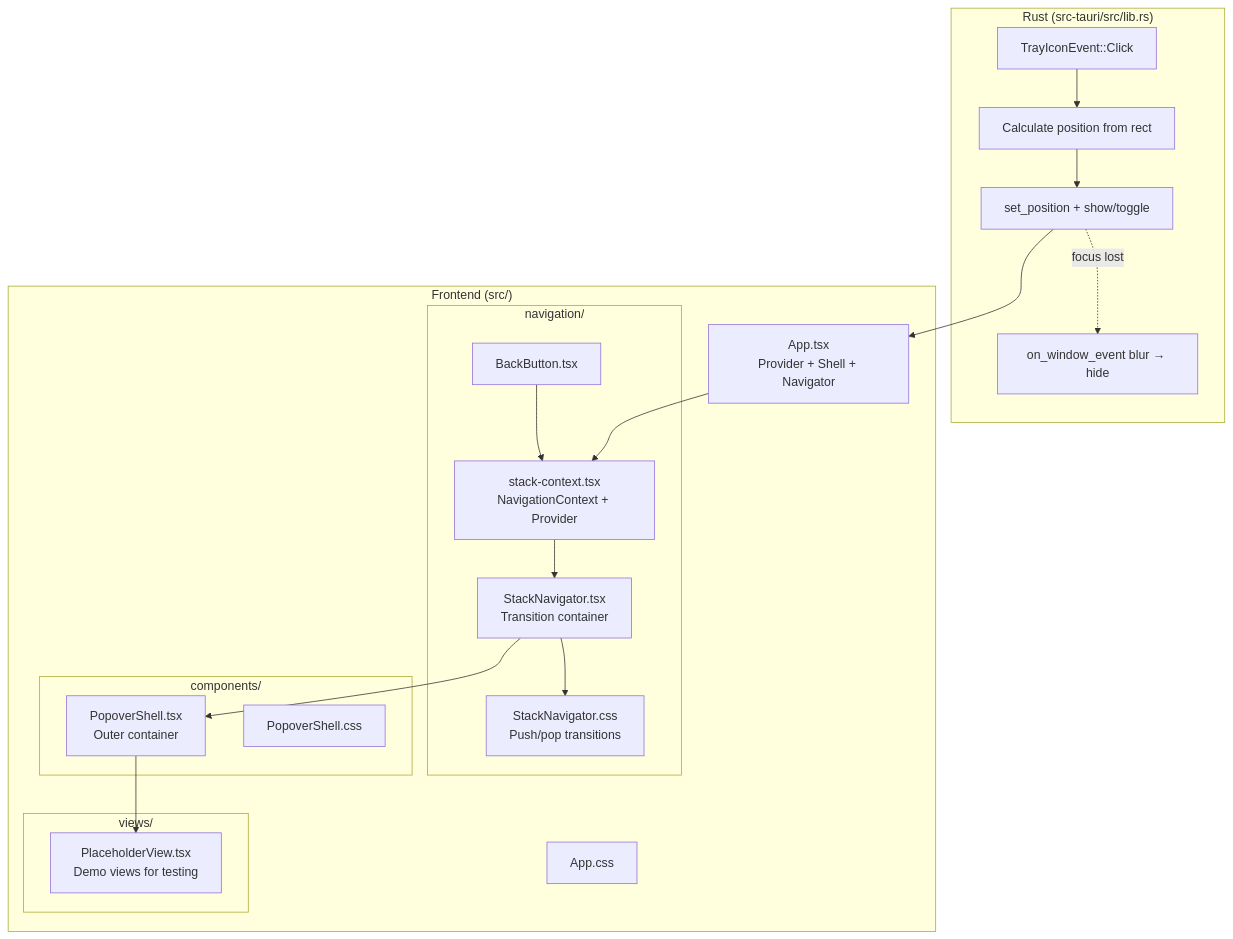
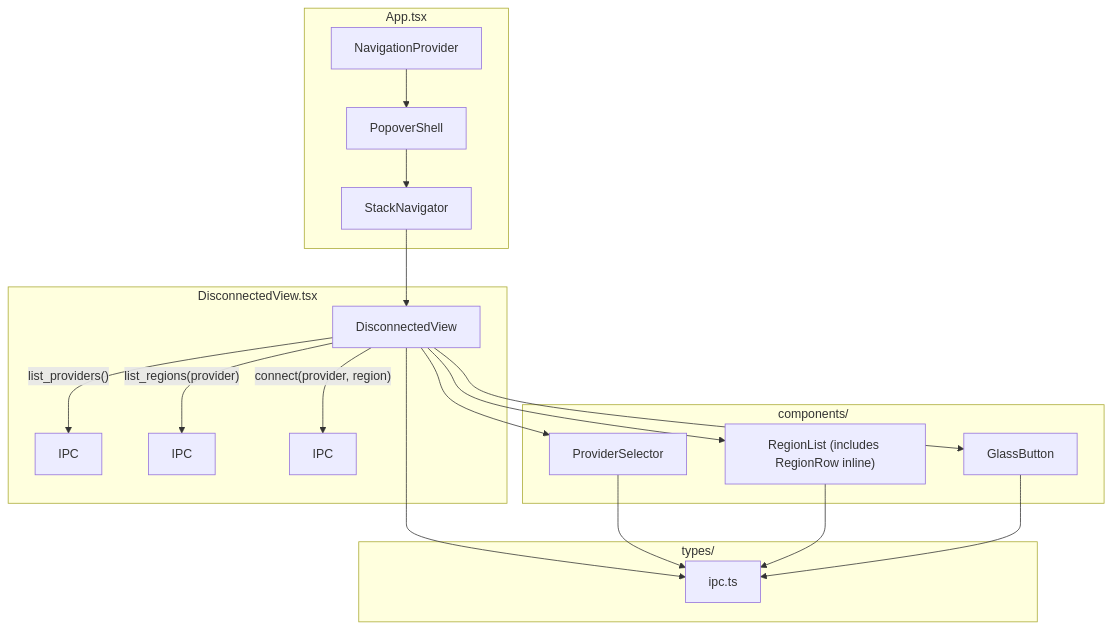
The diagram in PLAN.md (saemanas/oh-my-vpn), drawn with Mermaid before and after one commit. The commit also changed other lines of this file and 14 other files, not shown here.

First line of the commit message:
feat(ui): add disconnected view with provider selector and region list (#57)

````diff
--- a/PLAN.md
+++ b/PLAN.md
@@ -62,37 +60,34 @@
 ```mermaid
 flowchart TD
-    subgraph rust["Rust (src-tauri/src/lib.rs)"]
-        TRAY[TrayIconEvent::Click]
-        POS[Calculate position from rect]
-        WIN[set_position + show/toggle]
-        BLUR[on_window_event blur → hide]
-        TRAY --> POS --> WIN
-        WIN -.->|focus lost| BLUR
+    subgraph App["App.tsx"]
+        NP[NavigationProvider]
+        PS[PopoverShell]
+        SN[StackNavigator]
     end
 
-    subgraph frontend["Frontend (src/)"]
-        subgraph nav["navigation/"]
-            CTX[stack-context.tsx<br/>NavigationContext + Provider]
-            NAV[StackNavigator.tsx<br/>Transition container]
-            CSS_NAV[StackNavigator.css<br/>Push/pop transitions]
-            BACK[BackButton.tsx]
-        end
-        subgraph shell["components/"]
-            SHELL[PopoverShell.tsx<br/>Outer container]
-            CSS_SHELL[PopoverShell.css]
-        end
-        subgraph views["views/"]
-            PH[PlaceholderView.tsx<br/>Demo views for testing]
-        end
-        APP[App.tsx<br/>Provider + Shell + Navigator]
-        CSS_APP[App.css]
+    subgraph DisconnectedView["DisconnectedView.tsx"]
+        DV[DisconnectedView]
+        DV -->|"list_providers()"| IPC1[IPC]
+        DV -->|"list_regions(provider)"| IPC2[IPC]
+        DV -->|"connect(provider, region)"| IPC3[IPC]
     end
 
-    WIN --> APP
-    APP --> CTX
-    CTX --> NAV
-    NAV --> SHELL
-    SHELL --> PH
-    NAV --> CSS_NAV
-    BACK --> CTX
+    subgraph Components["components/"]
+        PSel[ProviderSelector]
+        RL["RegionList (includes RegionRow inline)"]
+        GB[GlassButton]
+    end
+
+    subgraph Types["types/"]
+        IT[ipc.ts]
+    end
+
+    NP --> PS --> SN --> DV
+    DV --> PSel
+    DV --> RL
+    DV --> GB
+    DV --> IT
+    PSel --> IT
+    RL --> IT
+    GB --> IT
 ```
````
